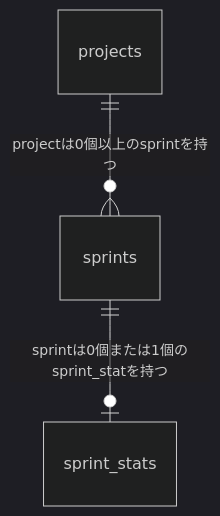
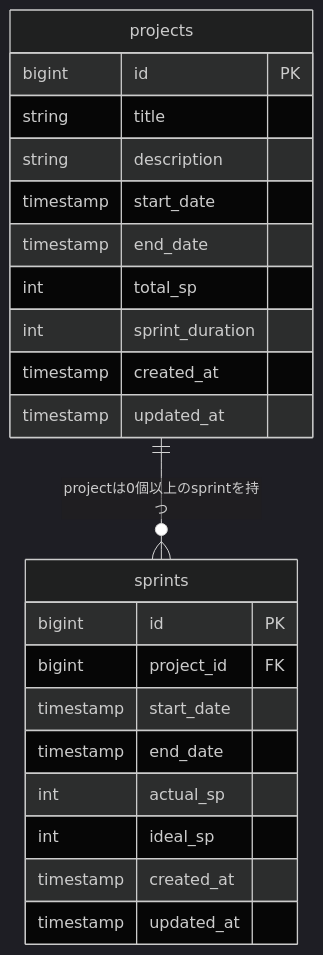
Before and after one commit to Tomoki108/burny: the diagram in api/docs/burny_er.md, drawn with Mermaid (dark theme).

Commit message:
update er

````diff
--- a/api/docs/burny_er.md
+++ b/api/docs/burny_er.md
@@ -1,7 +1,28 @@
 ```mermaid
 erDiagram
+    projects {
+        bigint id PK
+        string title
+        string description
+        timestamp start_date
+        timestamp end_date
+        int total_sp
+        int sprint_duration
+        timestamp created_at
+        timestamp updated_at
+    }
+
+    sprints {
+        bigint id PK
+        bigint project_id FK
+        timestamp start_date
+        timestamp end_date
+        int actual_sp
+        int ideal_sp
+        timestamp created_at
+        timestamp updated_at
+    }
+
+
     projects ||--o{ sprints: "projectは0個以上のsprintを持つ"
-    sprints ||--o| sprint_stats: "sprintは0個または1個のsprint_statを持つ"
-    sprint_stats
-
 ```
````
